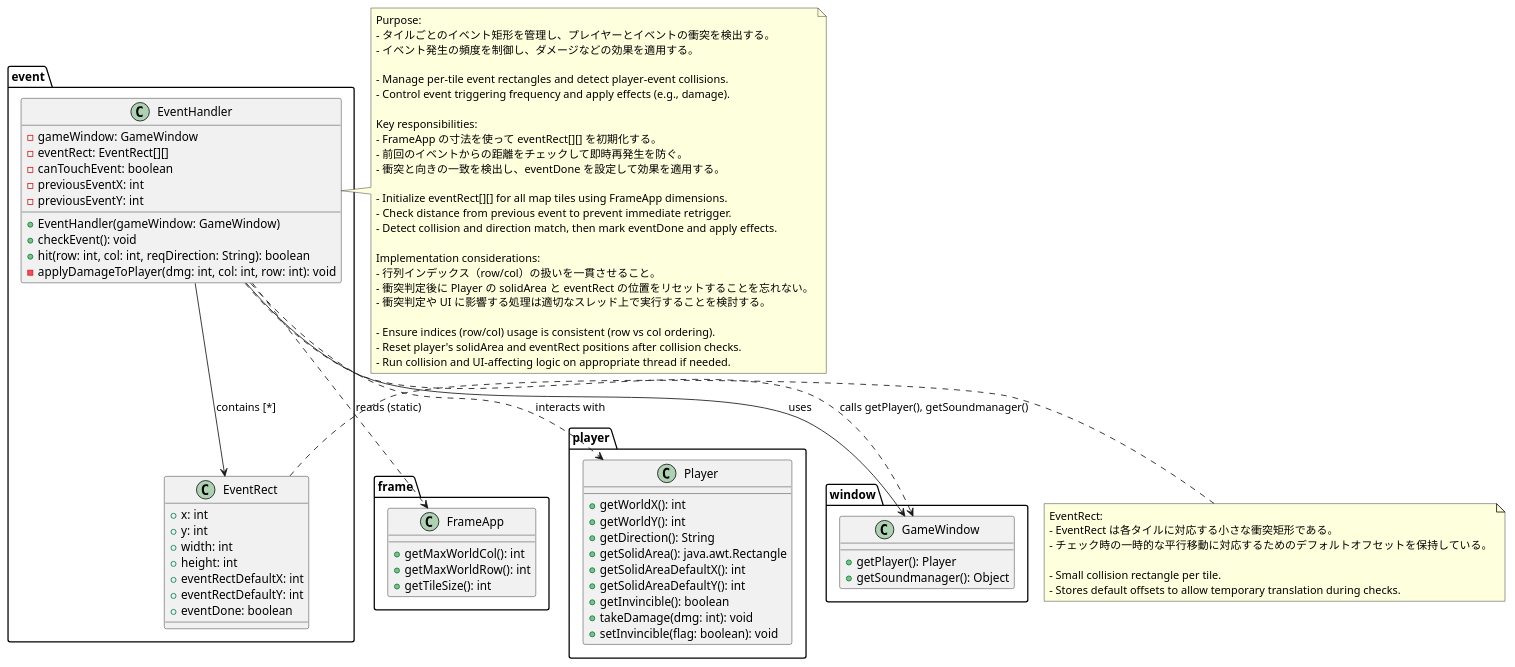
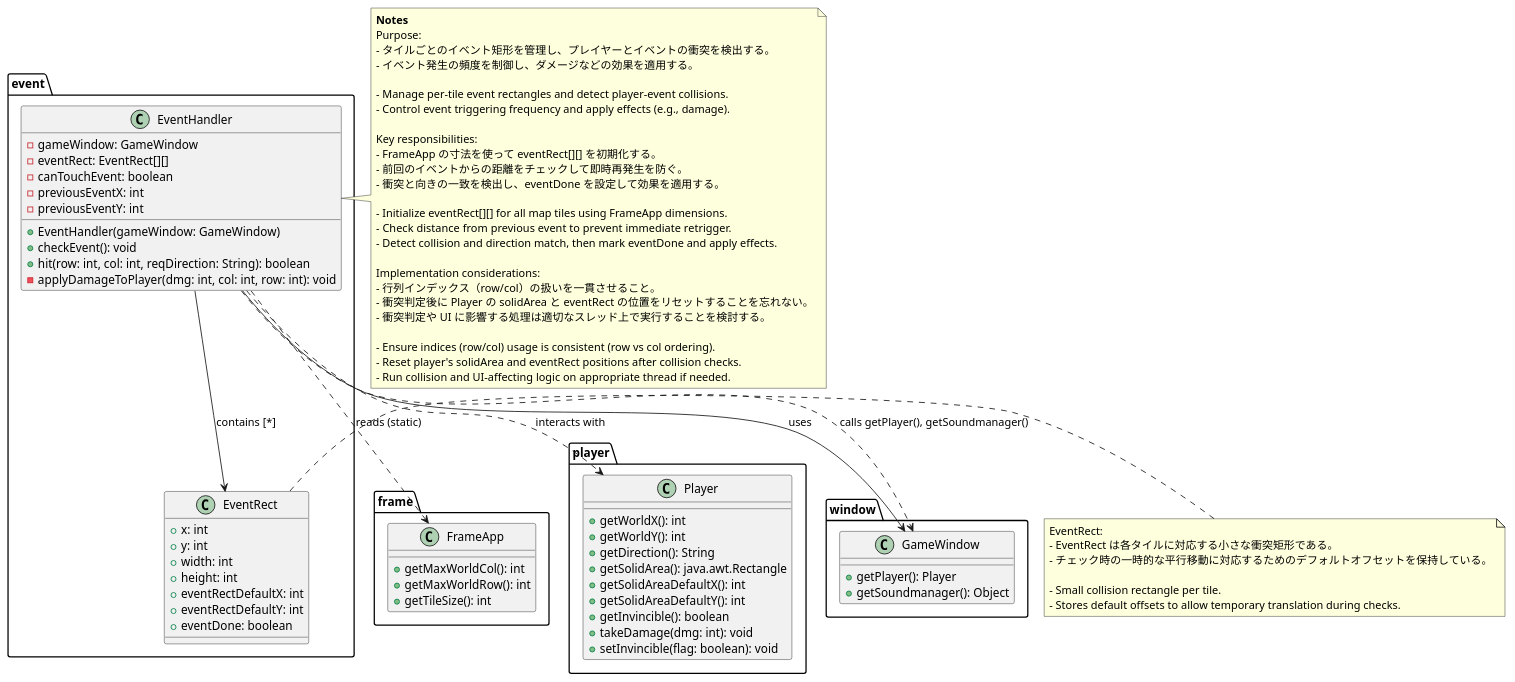
Before and after one commit to yanagikaito/java_game_2d_action_rpg: the diagram in docs/diagrams/event/event_handler.puml, drawn with PlantUML. The commit also changed 6 other files, not shown here.

Commit message:
docs: add PlantUML class diagram for popup package

```diff
--- a/docs/diagrams/event/event_handler.puml
+++ b/docs/diagrams/event/event_handler.puml
@@ -1,97 +1,98 @@
 @startuml event_handler
 package event {
   class EventHandler {
     - gameWindow: GameWindow
     - eventRect: EventRect[][]
     - canTouchEvent: boolean
     - previousEventX: int
     - previousEventY: int
     + EventHandler(gameWindow: GameWindow)
     + checkEvent(): void
     + hit(row: int, col: int, reqDirection: String): boolean
     - applyDamageToPlayer(dmg: int, col: int, row: int): void
   }
 
   class EventRect {
     + x: int
     + y: int
     + width: int
     + height: int
     + eventRectDefaultX: int
     + eventRectDefaultY: int
     + eventDone: boolean
   }
 }
 
 package frame {
   class FrameApp {
     + getMaxWorldCol(): int
     + getMaxWorldRow(): int
     + getTileSize(): int
   }
 }
 
 package player {
   class Player {
     + getWorldX(): int
     + getWorldY(): int
     + getDirection(): String
     + getSolidArea(): java.awt.Rectangle
     + getSolidAreaDefaultX(): int
     + getSolidAreaDefaultY(): int
     + getInvincible(): boolean
     + takeDamage(dmg: int): void
     + setInvincible(flag: boolean): void
   }
 }
 
 package window {
   class GameWindow {
     + getPlayer(): Player
     + getSoundmanager(): Object
   }
 }
 
 EventHandler --> GameWindow : uses
 EventHandler --> EventRect : contains [*]
 EventHandler ..> FrameApp : reads (static)
 EventHandler ..> Player : interacts with
 EventHandler ..> GameWindow : calls getPlayer(), getSoundmanager()
 
 note right of EventHandler
+**Notes**
 Purpose:
 - タイルごとのイベント矩形を管理し、プレイヤーとイベントの衝突を検出する。
 - イベント発生の頻度を制御し、ダメージなどの効果を適用する。
 
 - Manage per-tile event rectangles and detect player-event collisions.
 - Control event triggering frequency and apply effects (e.g., damage).
 
 Key responsibilities:
 - FrameApp の寸法を使って eventRect[][] を初期化する。
 - 前回のイベントからの距離をチェックして即時再発生を防ぐ。
 - 衝突と向きの一致を検出し、eventDone を設定して効果を適用する。
 
 - Initialize eventRect[][] for all map tiles using FrameApp dimensions.
 - Check distance from previous event to prevent immediate retrigger.
 - Detect collision and direction match, then mark eventDone and apply effects.
 
 Implementation considerations:
 - 行列インデックス（row/col）の扱いを一貫させること。
 - 衝突判定後に Player の solidArea と eventRect の位置をリセットすることを忘れない。
 - 衝突判定や UI に影響する処理は適切なスレッド上で実行することを検討する。
 
 - Ensure indices (row/col) usage is consistent (row vs col ordering).
 - Reset player's solidArea and eventRect positions after collision checks.
 - Run collision and UI-affecting logic on appropriate thread if needed.
 end note
 
 note left of EventRect
 EventRect:
 - EventRect は各タイルに対応する小さな衝突矩形である。
 - チェック時の一時的な平行移動に対応するためのデフォルトオフセットを保持している。
 
 - Small collision rectangle per tile.
 - Stores default offsets to allow temporary translation during checks.
 end note
 
 @enduml
```
